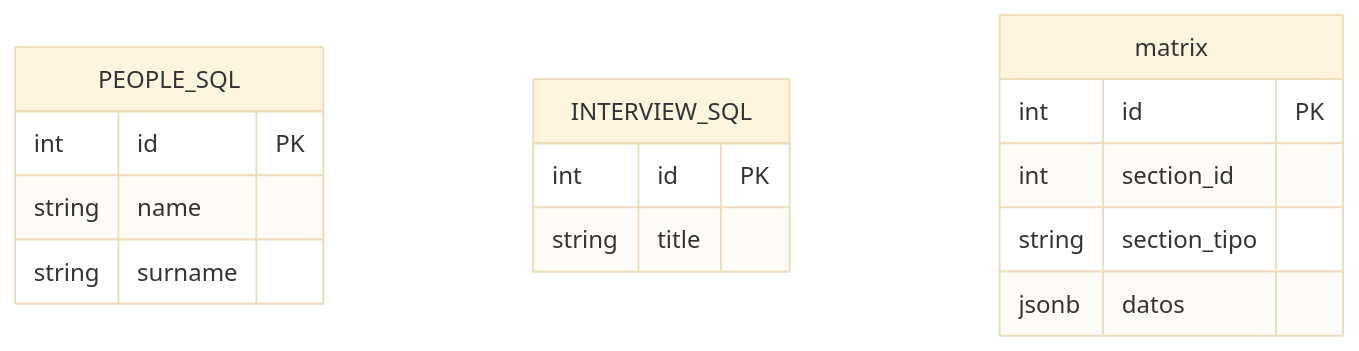
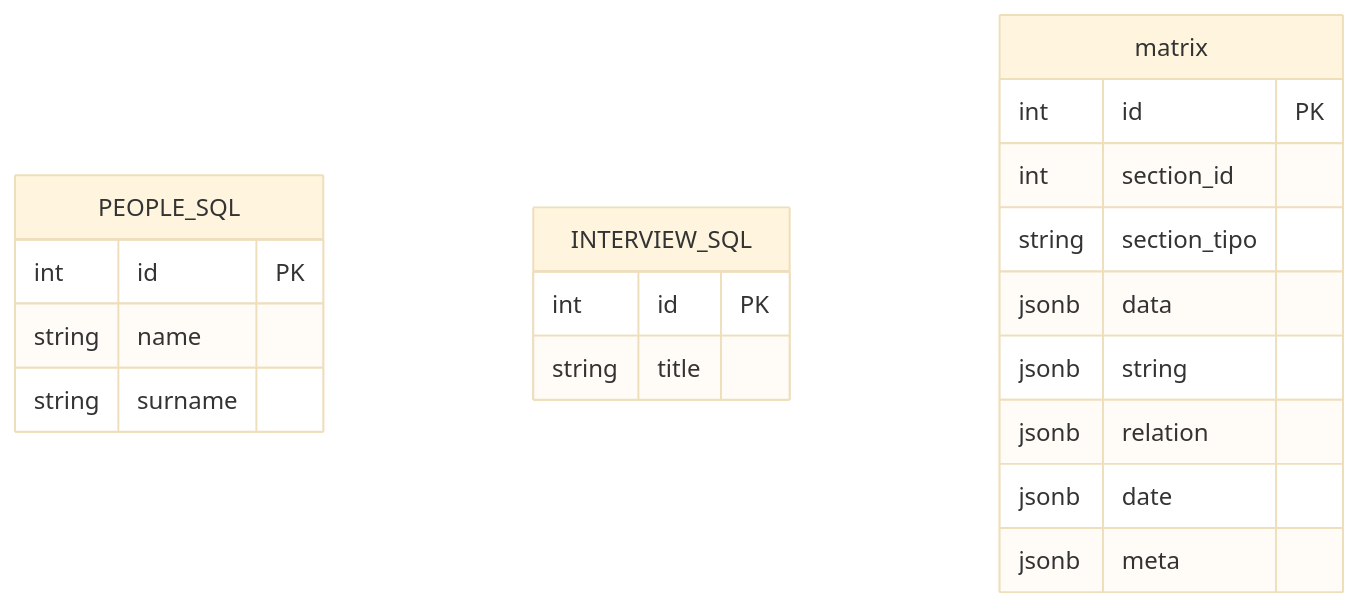
One commit to dedalia-org/dedalo changed the second of 6 diagrams in docs/core/architecture_overview.md. Above: the diagram before and after it, drawn with Mermaid (base theme). The commit also changed other lines of this file and 22 other files, not shown here.

````diff
--- a/docs/core/architecture_overview.md
+++ b/docs/core/architecture_overview.md
@@ -144,18 +144,22 @@
 ```mermaid
 erDiagram
     PEOPLE_SQL {
         int id PK
         string name
         string surname
     }
     INTERVIEW_SQL {
         int id PK
         string title
     }
     matrix {
         int id PK
         int section_id
         string section_tipo
-        jsonb datos
+        jsonb data
+        jsonb string
+        jsonb relation
+        jsonb date
+        jsonb meta
     }
 ```
````
